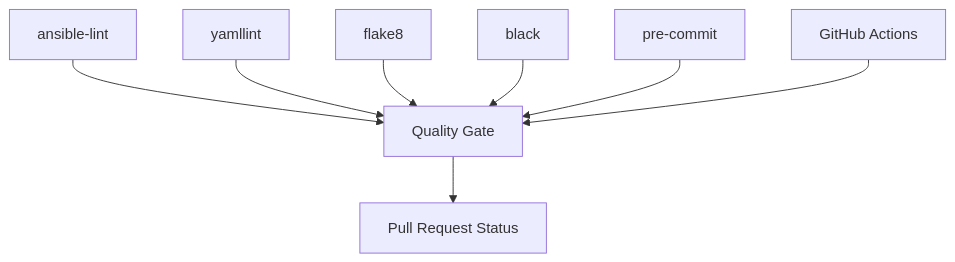
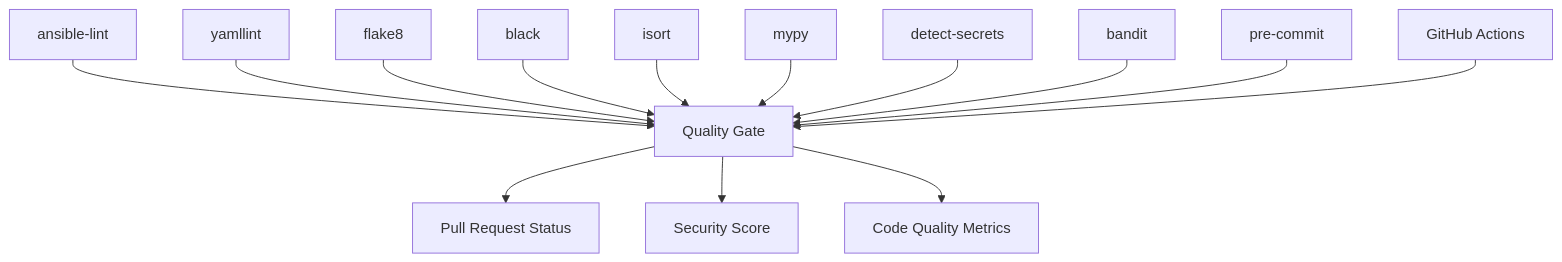
The third of 3 diagrams in .qoder/repowiki/en/content/Operational Excellence/Testing Strategy/Linting & Code Quality.md (shakthi-vinayak/network-automation), drawn with Mermaid before and after one commit. The commit also changed other lines of this file and 144 other files, not shown here.

````diff
--- a/.qoder/repowiki/en/content/Operational Excellence/Testing Strategy/Linting & Code Quality.md
+++ b/.qoder/repowiki/en/content/Operational Excellence/Testing Strategy/Linting & Code Quality.md
@@ -266,10 +368,16 @@
 ```mermaid
 graph TB
 A["ansible-lint"] --> QG["Quality Gate"]
 B["yamllint"] --> QG
 C["flake8"] --> QG
 D["black"] --> QG
-E["pre-commit"] --> QG
-F["GitHub Actions"] --> QG
+E["isort"] --> QG
+F["mypy"] --> QG
+G["detect-secrets"] --> QG
+H["bandit"] --> QG
+I["pre-commit"] --> QG
+J["GitHub Actions"] --> QG
 QG --> PR["Pull Request Status"]
+QG --> Security["Security Score"]
+QG --> CodeQuality["Code Quality Metrics"]
 ```
````
